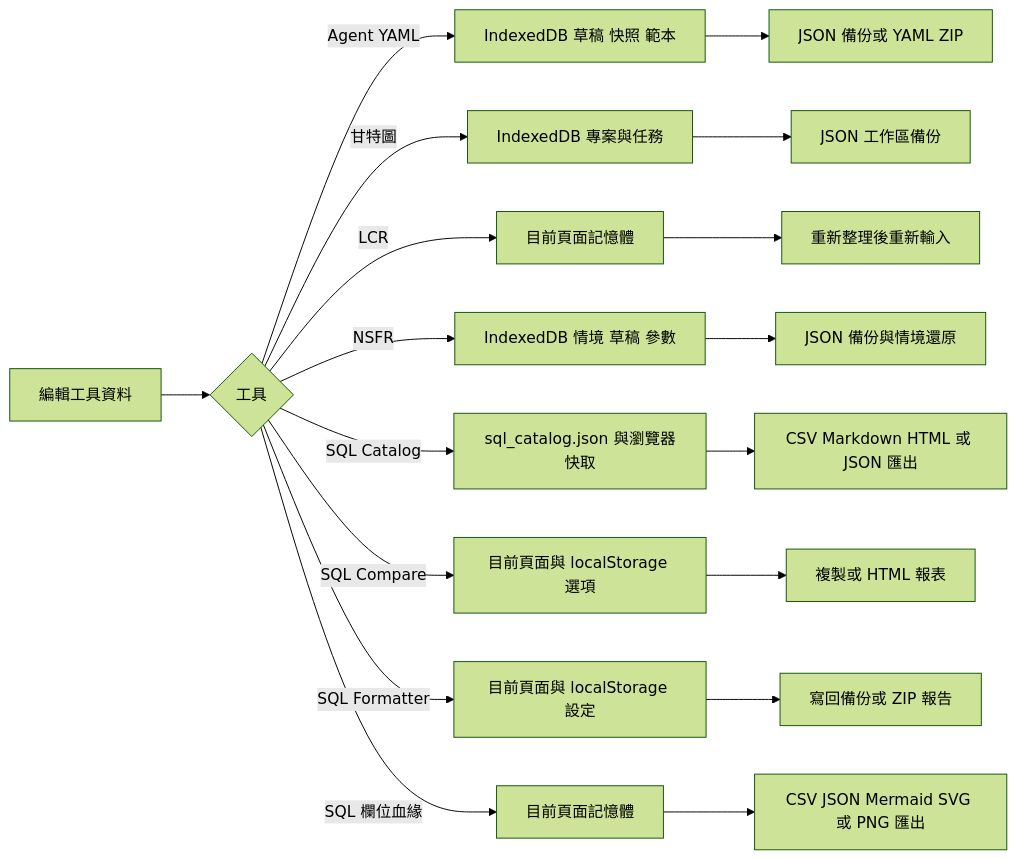
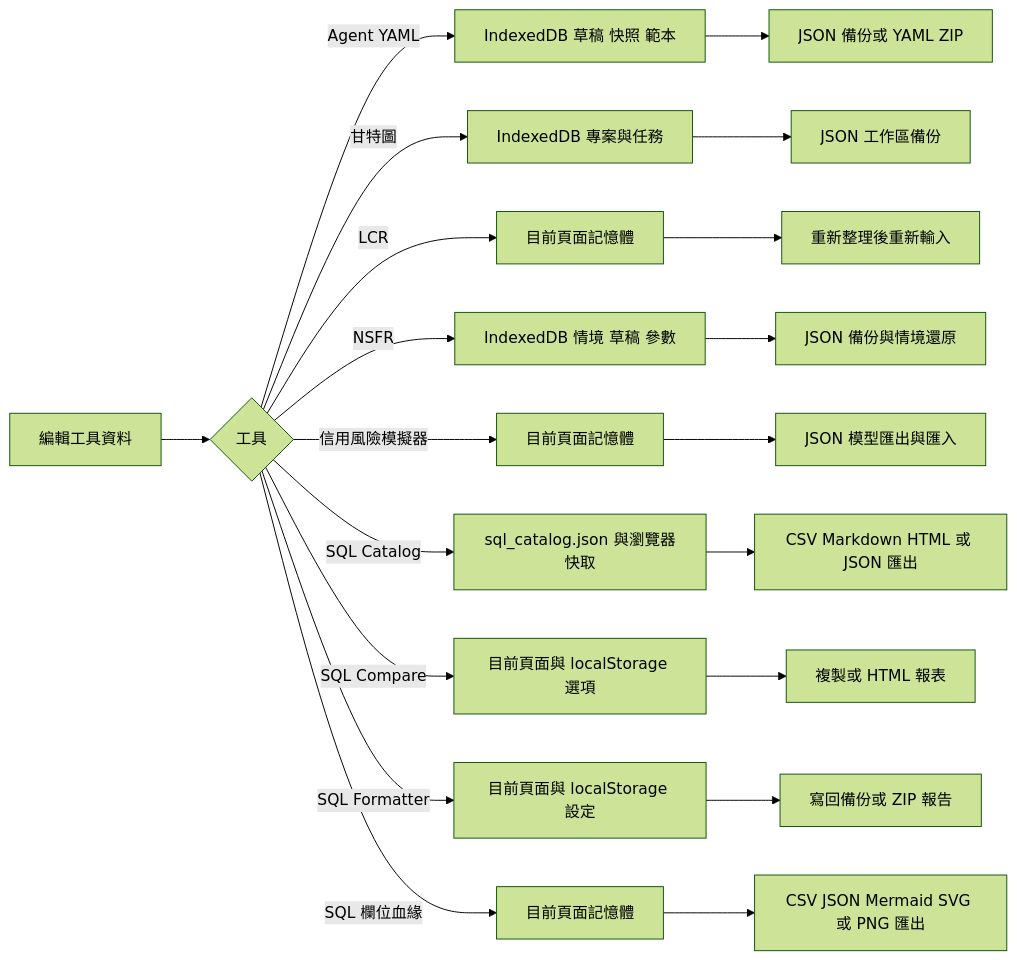
The tenth of 10 diagrams in README.md (DunkLiao/my-spa-tools), drawn with Mermaid (forest theme) before and after one commit. The commit also changed other lines of this file and 1 other file, not shown here.

````diff
--- a/README.md
+++ b/README.md
@@ -408,20 +435,22 @@
 ```mermaid
 flowchart LR
     A[編輯工具資料] --> B{工具}
     B -->|Agent YAML| C[IndexedDB 草稿 快照 範本]
     B -->|甘特圖| D[IndexedDB 專案與任務]
     B -->|LCR| E[目前頁面記憶體]
     B -->|NSFR| K[IndexedDB 情境 草稿 參數]
+    B -->|信用風險模擬器| U[目前頁面記憶體]
     B -->|SQL Catalog| I[sql_catalog.json 與瀏覽器快取]
     B -->|SQL Compare| M[目前頁面與 localStorage 選項]
     B -->|SQL Formatter| N[目前頁面與 localStorage 設定]
     B -->|SQL 欄位血緣| R[目前頁面記憶體]
     C --> F[JSON 備份或 YAML ZIP]
     D --> G[JSON 工作區備份]
     E --> H[重新整理後重新輸入]
     K --> L[JSON 備份與情境還原]
+    U --> V[JSON 模型匯出與匯入]
     I --> J[CSV Markdown HTML 或 JSON 匯出]
     M --> O[複製或 HTML 報表]
     N --> P[寫回備份或 ZIP 報告]
     R --> S[CSV JSON Mermaid SVG 或 PNG 匯出]
 ```
````
